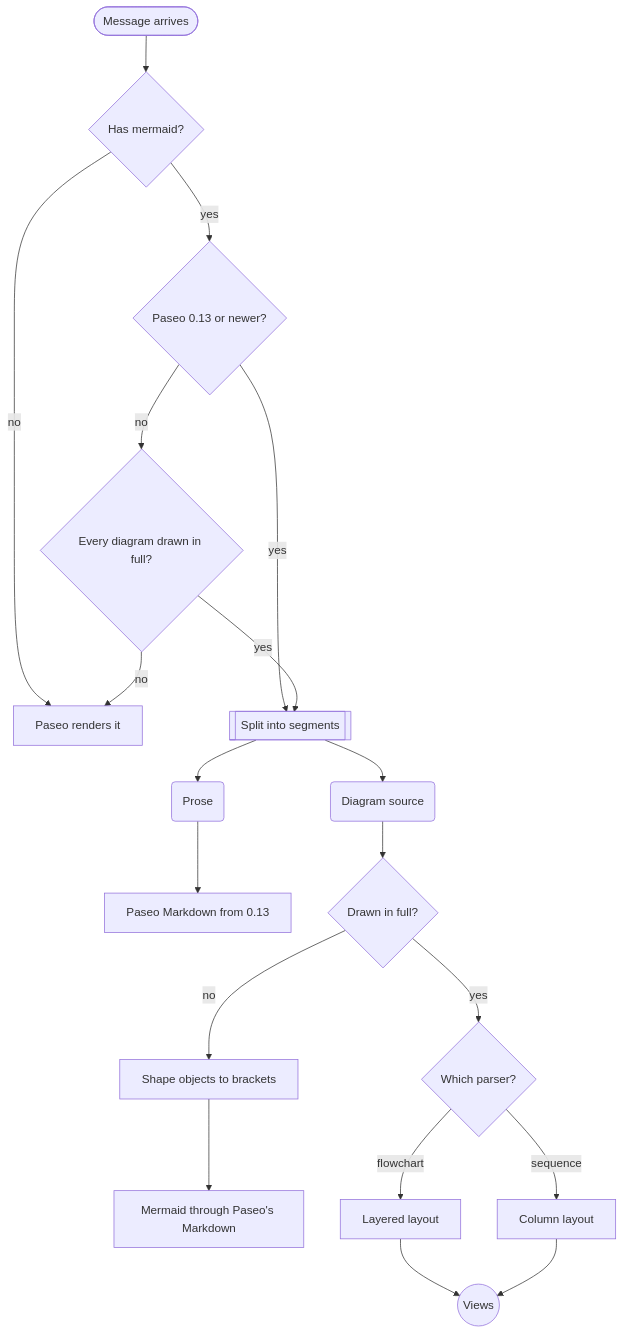
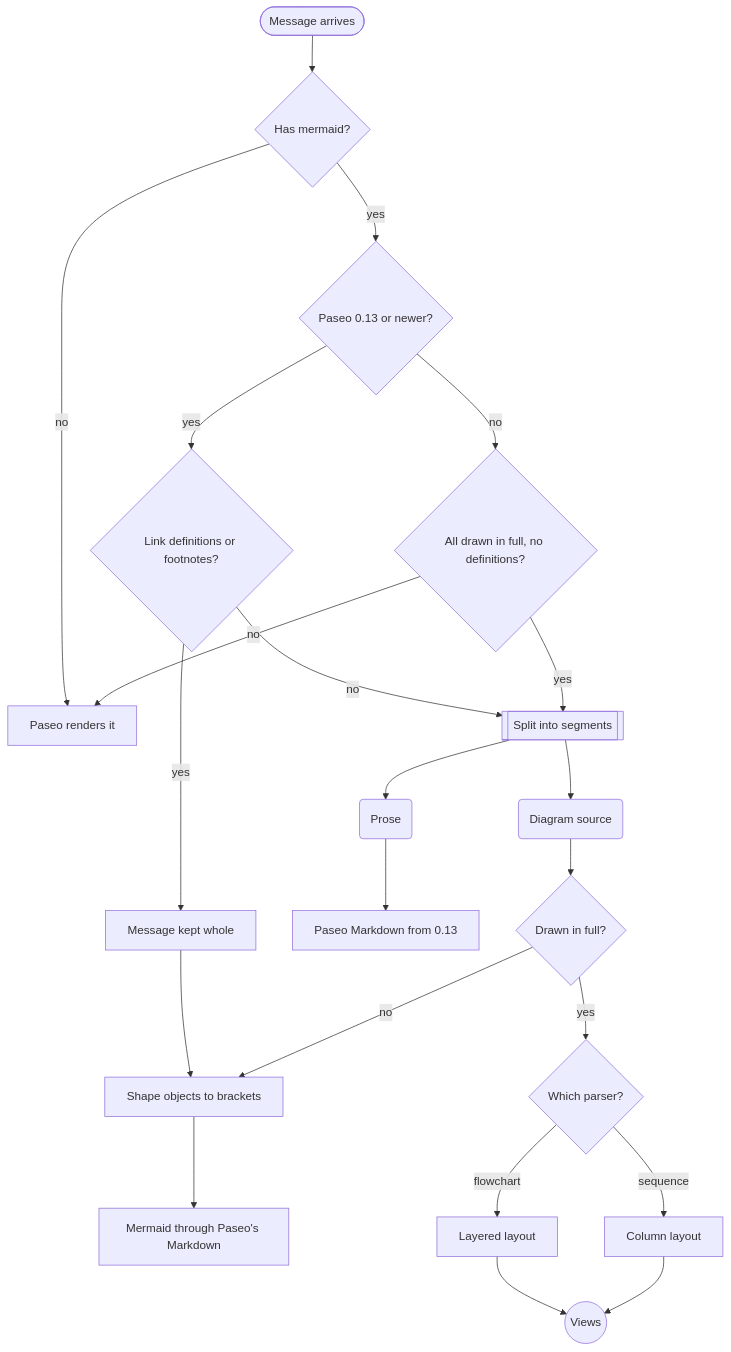
The diagram in README.md (dutchakdev/paseo-plugin-mermaid), drawn with Mermaid before and after one commit. The commit also changed 8 other files, not shown here.

First line of the commit message:
Say where an undrawable diagram goes now, in comments and the README

````diff
--- a/README.md
+++ b/README.md
@@ -164,21 +164,24 @@
 ```mermaid
 flowchart TD
     Msg([Message arrives]) --> Check{Has mermaid?}
     Check -->|no| Paseo[Paseo renders it]
     Check -->|yes| Host{Paseo 0.13 or newer?}
-    Host -->|yes| Split[[Split into segments]]
-    Host -->|no| Full{Every diagram drawn in full?}
+    Host -->|yes| Defs{Link definitions or footnotes?}
+    Defs -->|no| Split[[Split into segments]]
+    Defs -->|yes| Whole[Message kept whole]
+    Whole --> Fix
+    Host -->|no| Full{All drawn in full, no definitions?}
     Full -->|no| Paseo
     Full -->|yes| Split
     Split --> Text(Prose)
     Split --> Src(Diagram source)
     Text --> Md[Paseo Markdown from 0.13]
     Src --> Own{Drawn in full?}
     Own -->|no| Fix[Shape objects to brackets]
     Fix --> Mer[Mermaid through Paseo's Markdown]
     Own -->|yes| Parse{Which parser?}
     Parse -->|flowchart| Layout[Layered layout]
     Parse -->|sequence| Columns[Column layout]
     Layout --> Draw((Views))
     Columns --> Draw
 ```
````
